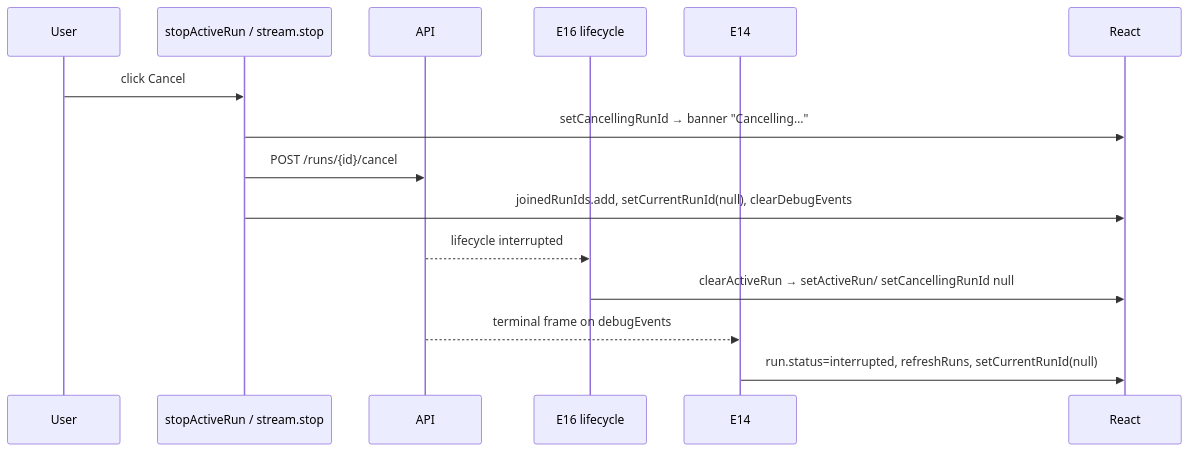
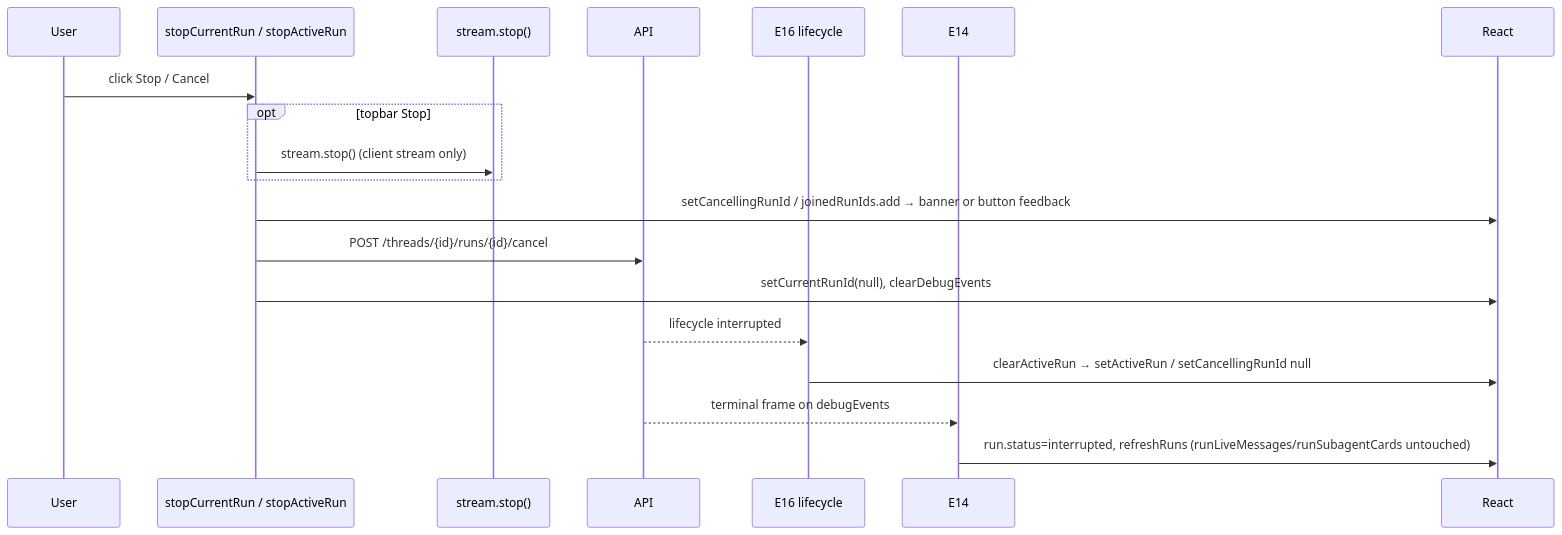
Before and after one commit to aa2051995/deep-agent-ga: the diagram in docs/use-cases/ui/04-cancel-run.md, drawn with Mermaid. The commit also changed other lines of this file and 5 other files, not shown here.

````diff
--- a/docs/use-cases/ui/04-cancel-run.md
+++ b/docs/use-cases/ui/04-cancel-run.md
@@ -44,18 +58,22 @@
 ```mermaid
 sequenceDiagram
     participant U as User
-    participant F as stopActiveRun / stream.stop
+    participant F as stopCurrentRun / stopActiveRun
+    participant SDK as stream.stop()
     participant API
     participant E16 as E16 lifecycle
     participant E14
     participant R as React
 
-    U->>F: click Cancel
-    F->>R: setCancellingRunId → banner "Cancelling…"
-    F->>API: POST /runs/{id}/cancel
-    F->>R: joinedRunIds.add, setCurrentRunId(null), clearDebugEvents
+    U->>F: click Stop / Cancel
+    opt topbar Stop
+        F->>SDK: stream.stop() (client stream only)
+    end
+    F->>R: setCancellingRunId / joinedRunIds.add → banner or button feedback
+    F->>API: POST /threads/{id}/runs/{id}/cancel
+    F->>R: setCurrentRunId(null), clearDebugEvents
     API-->>E16: lifecycle interrupted
-    E16->>R: clearActiveRun → setActiveRun/ setCancellingRunId null
+    E16->>R: clearActiveRun → setActiveRun / setCancellingRunId null
     API-->>E14: terminal frame on debugEvents
-    E14->>R: run.status=interrupted, refreshRuns, setCurrentRunId(null)
+    E14->>R: run.status=interrupted, refreshRuns (runLiveMessages/runSubagentCards untouched)
 ```
````
